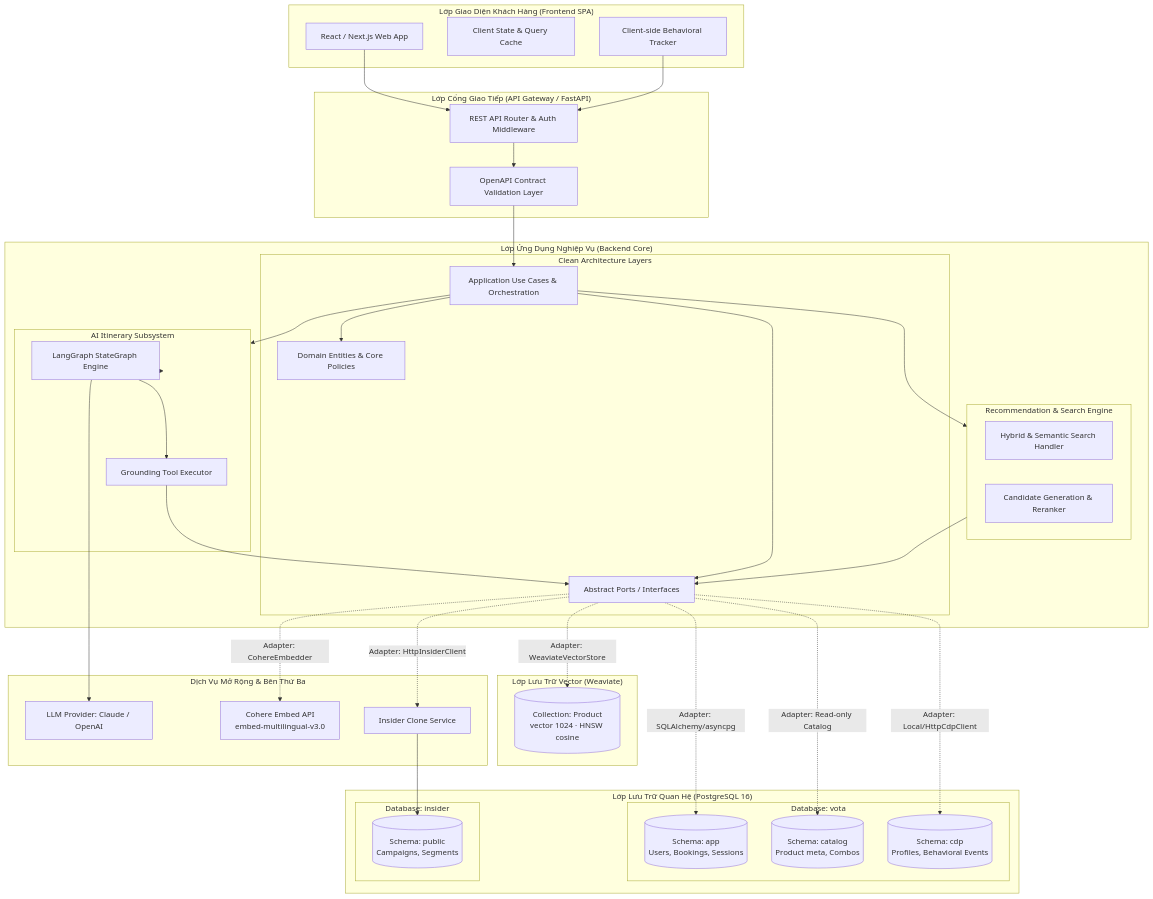
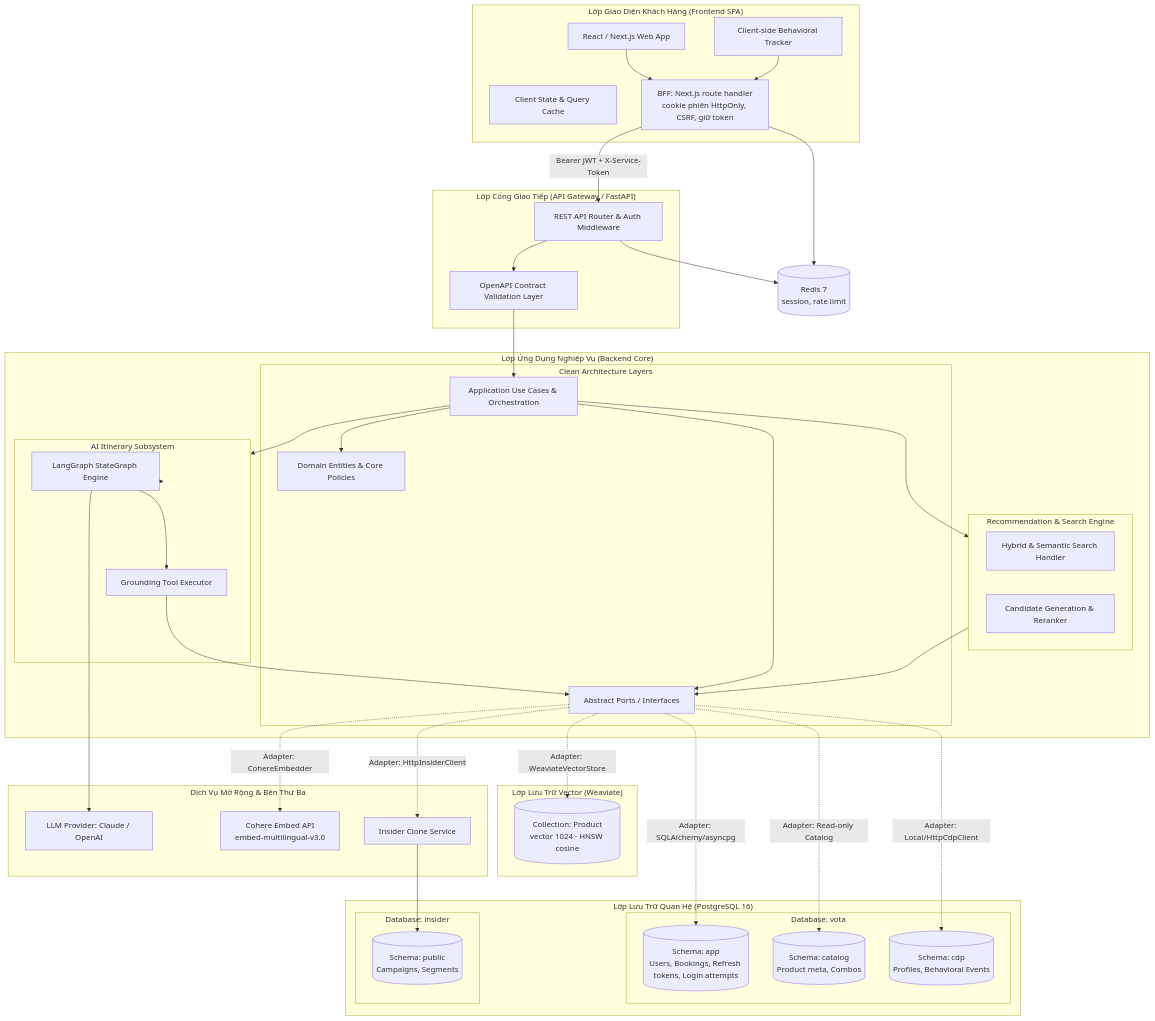
The first of 2 diagrams in docs/prd/architecture.md (NguyenNhat4/Travel-Recommend-System), drawn with Mermaid before and after one commit. The commit also changed other lines of this file and 33 other files, not shown here.

```diff
--- a/docs/prd/architecture.md
+++ b/docs/prd/architecture.md
@@ -14,7 +14,10 @@
         UI[React / Next.js Web App]
         State[Client State & Query Cache]
         Tracker[Client-side Behavioral Tracker]
+        BFF[BFF: Next.js route handler\ncookie phiên HttpOnly, CSRF, giữ token]
     end
+
+    Redis[(Redis 7\nsession, rate limit)]
 
     subgraph Gateway["Lớp Cổng Giao Tiếp (API Gateway / FastAPI)"]
         Router[REST API Router & Auth Middleware]
@@ -41,7 +44,7 @@
 
     subgraph Storage["Lớp Lưu Trữ Quan Hệ (PostgreSQL 16)"]
         subgraph VOTA_DB["Database: vota"]
-            AppSchema[(Schema: app\nUsers, Bookings, Sessions)]
+            AppSchema[(Schema: app\nUsers, Bookings, Refresh tokens, Login attempts)]
             CatalogSchema[(Schema: catalog\nProduct meta, Combos)]
             CdpSchema[(Schema: cdp\nProfiles, Behavioral Events)]
         end
@@ -61,8 +64,11 @@
         InsiderSvc[Insider Clone Service]
     end
 
-    UI --> Router
-    Tracker --> Router
+    UI --> BFF
+    Tracker --> BFF
+    BFF -->|Bearer JWT + X-Service-Token| Router
+    BFF --> Redis
+    Router --> Redis
     Router --> Contract
     Contract --> UseCase
     UseCase --> Domain
```
